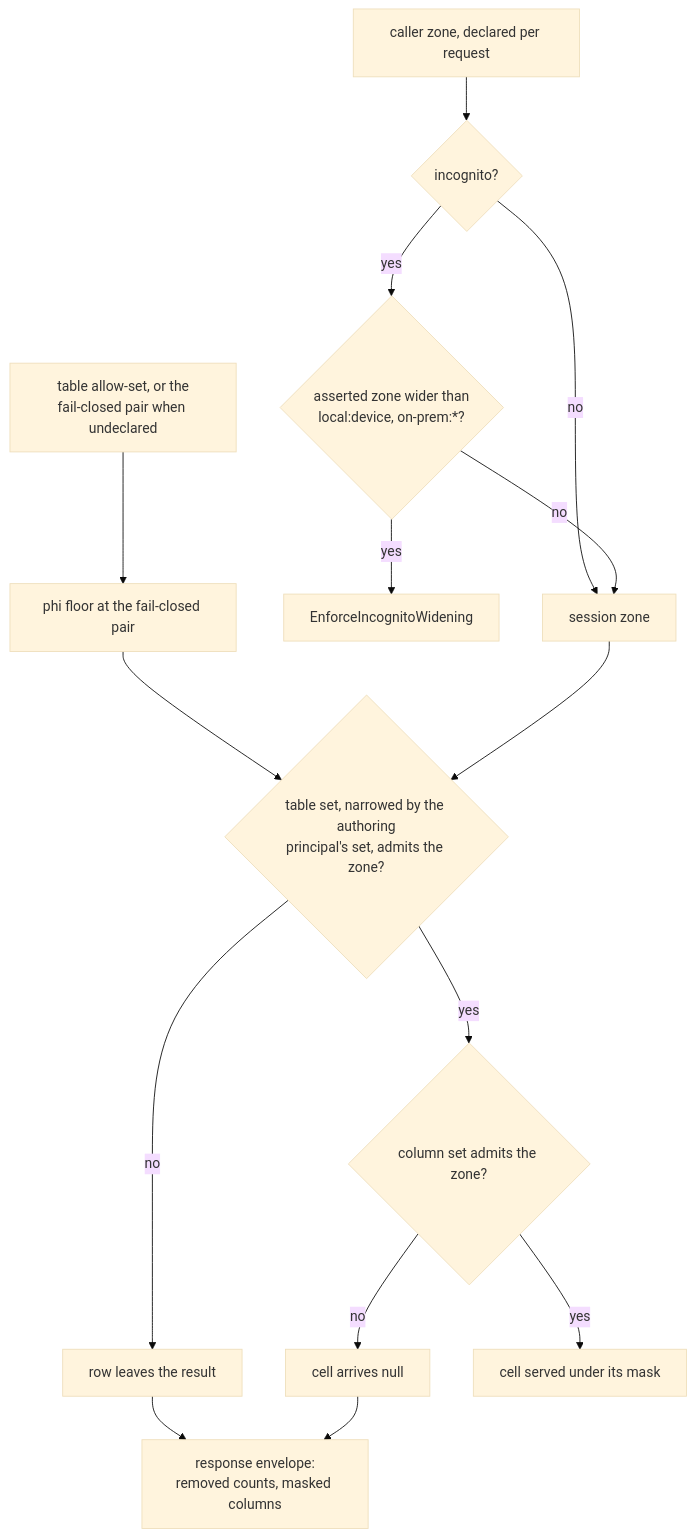
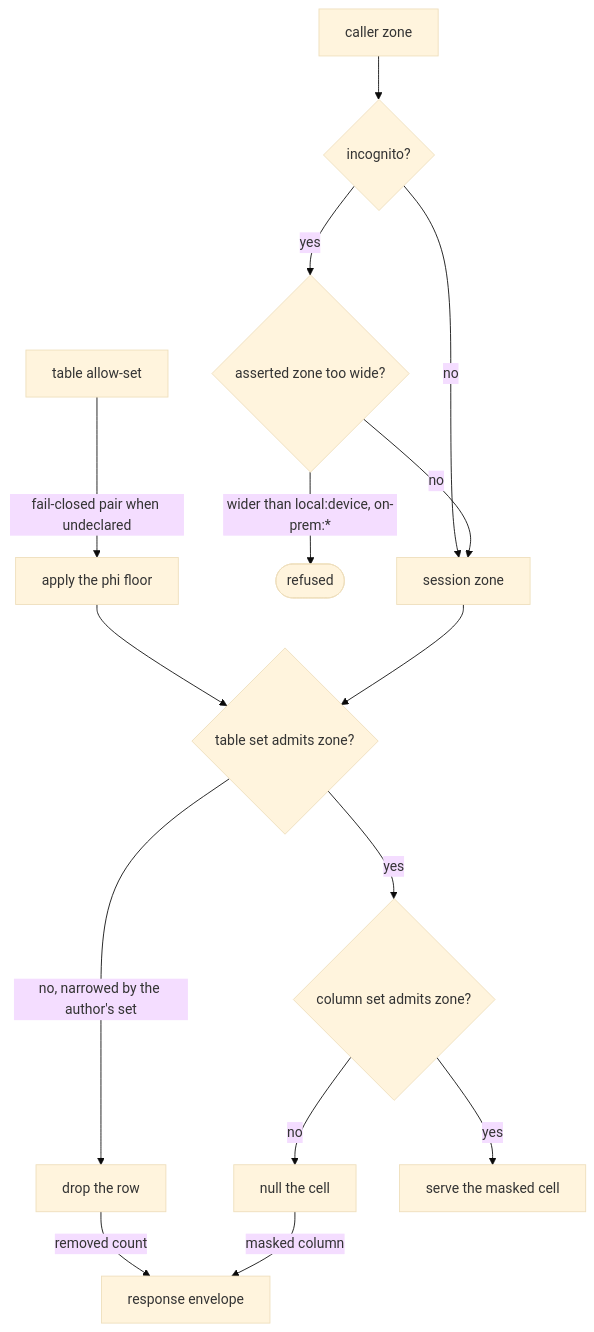
The third of 4 diagrams in spec/51-enforcement.md (fractalboxdev/contextful), drawn with Mermaid (base theme) before and after one commit. The commit also changed other lines of this file and 24 other files, not shown here.

First line of the commit message:
spec: every flowchart draws one entity or process per node

````diff
--- a/spec/51-enforcement.md
+++ b/spec/51-enforcement.md
@@ -326,17 +323,17 @@
 ```mermaid
 flowchart TD
-  CZ["caller zone, declared per request"] --> INC{"incognito?"}
+  CZ["caller zone"] --> INC{"incognito?"}
   INC -- no --> Z["session zone"]
-  INC -- yes --> PIN{"asserted zone wider than<br/>local:device, on-prem:*?"}
-  PIN -- yes --> E1["EnforceIncognitoWidening"]
+  INC -- yes --> PIN{"asserted zone too wide?"}
+  PIN -- "wider than local:device, on-prem:*" --> E1(["refused"])
   PIN -- no --> Z
-  TS["table allow-set, or the<br/>fail-closed pair when undeclared"] --> FL["phi floor at the fail-closed pair"]
-  FL --> TE{"table set, narrowed by the authoring<br/>principal's set, admits the zone?"}
+  TS["table allow-set"] -- "fail-closed pair when undeclared" --> FL["apply the phi floor"]
+  FL --> TE{"table set admits zone?"}
   Z --> TE
-  TE -- no --> DROP["row leaves the result"]
-  TE -- yes --> CE{"column set admits the zone?"}
-  CE -- no --> NUL["cell arrives null"]
-  CE -- yes --> SRV["cell served under its mask"]
-  DROP --> ENV["response envelope:<br/>removed counts, masked columns"]
-  NUL --> ENV
+  TE -- "no, narrowed by the author's set" --> DROP["drop the row"]
+  TE -- yes --> CE{"column set admits zone?"}
+  CE -- no --> NUL["null the cell"]
+  CE -- yes --> SRV["serve the masked cell"]
+  DROP -- "removed count" --> ENV["response envelope"]
+  NUL -- "masked column" --> ENV
 ```
````
